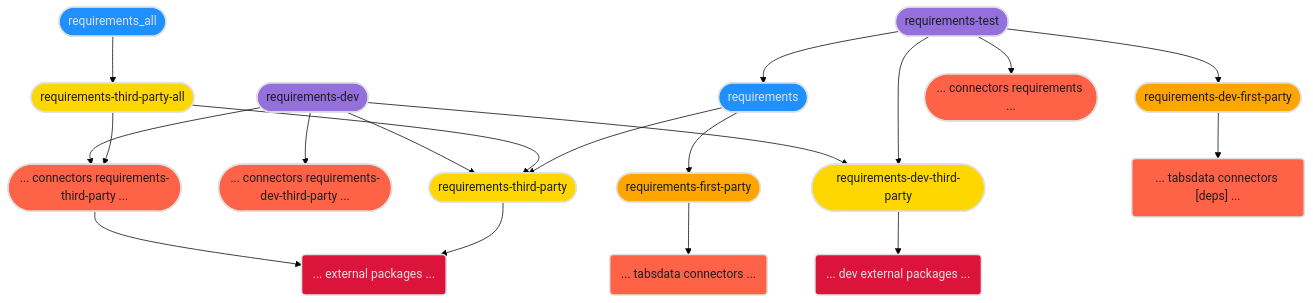
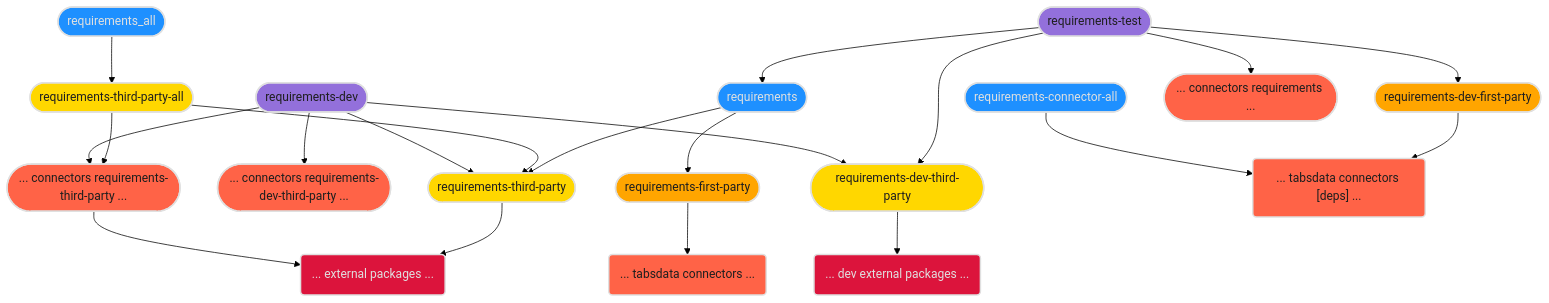
One commit to tabsdata/tabsdata changed the diagram in requirements/requirements.md. Above: the diagram before and after it, drawn with Mermaid (forest theme). The commit also changed 6 other files, not shown here.

````diff
--- a/requirements/requirements.md
+++ b/requirements/requirements.md
@@ -5,67 +5,70 @@
 ```mermaid
 flowchart TD
     requirements(["requirements"]):::requirements
+    requirements-connector-all(["requirements-connector-all"]):::requirements
     requirements-all(["requirements_all"]):::requirements
 
     requirements-dev(["requirements-dev"]):::requirements-dev    
     requirements-test(["requirements-test"]):::requirements-test
     
     requirements-third-party-connectors(["... connectors requirements-third-party ..."]):::requirements-third-party-connectors
     requirements-dev-third-party-connectors(["... connectors requirements-dev-third-party ..."]):::requirements-dev-third-party-connectors
     
     requirements-third-party(["requirements-third-party"]):::requirements-third-party
     requirements-first-party(["requirements-first-party"]):::requirements-first-party
     
     requirements-third-party-all(["requirements-third-party-all"]):::requirements-third-party-all
     
     requirements-dev-first-party(["requirements-dev-first-party"]):::requirements-dev-first-party
     requirements-dev-third-party(["requirements-dev-third-party"]):::requirements-dev-third-party
     
     tabsdata-connectors("... tabsdata connectors ..."):::tabsdata-connectors    
     external-packages("... external packages ..."):::external-packages
 
     tabsdata-connectors-deps("... tabsdata connectors [deps] ..."):::tabsdata-connectors
     external-packages-dev("... dev external packages ..."):::external-packages
 
     requirements-connectors(["... connectors requirements ..."]):::requirements-connectors
    
     requirements --> requirements-first-party
     requirements --> requirements-third-party
     requirements-first-party --> tabsdata-connectors
     requirements-third-party --> external-packages
 
     requirements-all --> requirements-third-party-all
     requirements-third-party-all --> requirements-third-party
     requirements-third-party-all --> requirements-third-party-connectors
     requirements-third-party-connectors --> external-packages
     
     requirements-test --> requirements
     requirements-test --> requirements-connectors
     requirements-test --> requirements-dev-first-party
     requirements-test --> requirements-dev-third-party
     requirements-dev-first-party --> tabsdata-connectors-deps
     requirements-dev-third-party --> external-packages-dev   
 
     requirements-dev --> requirements-third-party
     requirements-dev --> requirements-dev-third-party
     requirements-dev --> requirements-third-party-connectors
     requirements-dev --> requirements-dev-third-party-connectors
+
+    requirements-connector-all --> tabsdata-connectors-deps
     
     classDef requirements fill:#1E90FF,stroke:#E0E0E0,stroke-width:2px,color:#E0E0E0;
     classDef requirements-all fill:#1E90FF,stroke:#E0E0E0,stroke-width:2px,color:#E0E0E0;
     classDef requirements-test fill:#9370DB,stroke:#E0E0E0,stroke-width:2px,color:#1E1E1E;
     classDef requirements-dev fill:#9370DB,stroke:#E0E0E0,stroke-width:2px,color:#1E1E1E;    
     classDef requirements-first-party fill:#FFA500,stroke:#E0E0E0,stroke-width:2px,color:#1E1E1E;   
     classDef requirements-third-party fill:#FFD700,stroke:#E0E0E0,stroke-width:2px,color:#1E1E1E;
     classDef requirements-third-party-all fill:#FFD700,stroke:#E0E0E0,stroke-width:2px,color:#1E1E1E;    
     classDef requirements-dev-first-party fill:#FFA500,stroke:#E0E0E0,stroke-width:2px,color:#1E1E1E;
     classDef requirements-dev-third-party fill:#FFD700,stroke:#E0E0E0,stroke-width:2px,color:#1E1E1E;    
     classDef tabsdata-connectors fill:#FF6347,stroke:#E0E0E0,stroke-width:2px,color:#1E1E1E;
     classDef external-packages fill:#DC143C,stroke:#E0E0E0,stroke-width:2px,color:#E0E0E0;
     classDef requirements-connectors fill:#FF6347,stroke:#E0E0E0,stroke-width:2px,color:#1E1E1E;
     classDef requirements-third-party-connectors fill:#FF6347,stroke:#E0E0E0,stroke-width:2px,color:#1E1E1E;    
     classDef requirements-dev-third-party-connectors fill:#FF6347,stroke:#E0E0E0,stroke-width:2px,color:#1E1E1E;    
     classDef tabsdata-connectors-deps fill:#FF6347,stroke:#E0E0E0,stroke-width:2px,color:#1E1E1E;
     classDef external-packages-dev fill:#DC143C,stroke:#E0E0E0,stroke-width:2px,color:#E0E0E0;    
     
 ```
````
